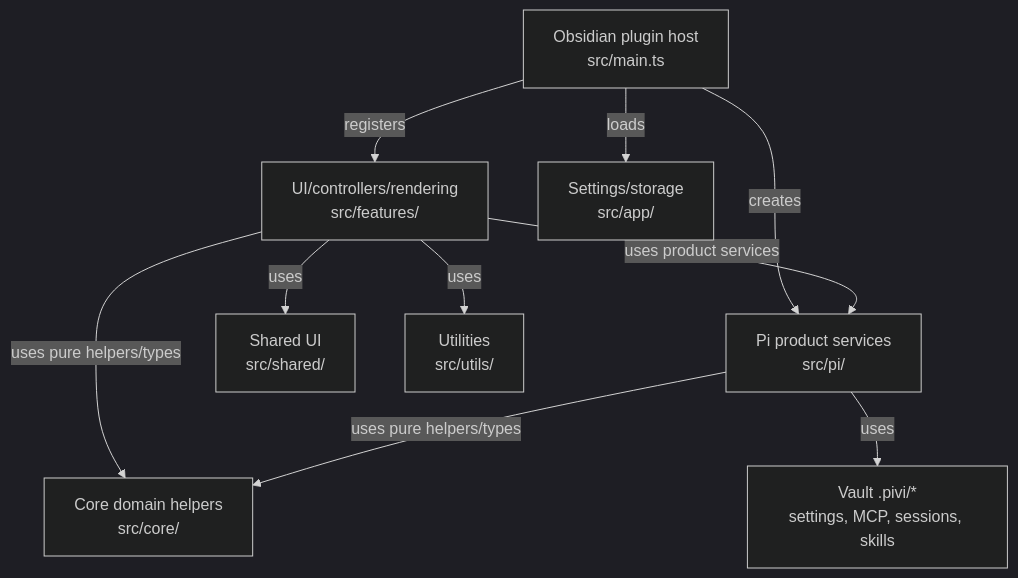
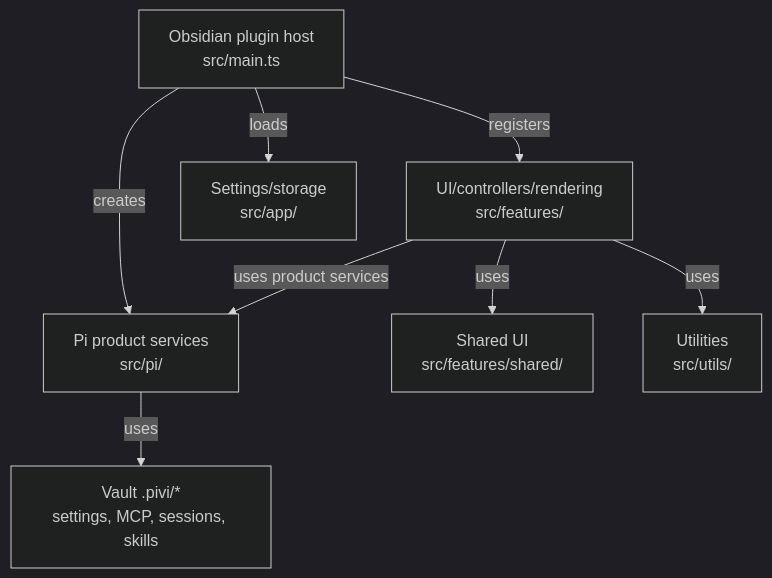
Before and after one commit to shuuul/obsidian-pivi: the diagram in docs/architecture/system-architecture.md, drawn with Mermaid (dark theme). The commit also changed other lines of this file and 10 other files, not shown here.

First line of the commit message:
docs(arch): update stale references after core/ elimination and shared/ relocation

````diff
--- a/docs/architecture/system-architecture.md
+++ b/docs/architecture/system-architecture.md
@@ -19,12 +19,10 @@
 ```mermaid
 flowchart TD
   Host["Obsidian plugin host<br/>src/main.ts"] -- "registers" --> Features["UI/controllers/rendering<br/>src/features/"]
   Host -- "creates" --> Pi["Pi product services<br/>src/pi/"]
   Host -- "loads" --> App["Settings/storage<br/>src/app/"]
   Features -- "uses product services" --> Pi
-  Features -- "uses pure helpers/types" --> Core["Core domain helpers<br/>src/core/"]
-  Pi -- "uses pure helpers/types" --> Core
   Pi -- "uses" --> Vault["Vault .pivi/*<br/>settings, MCP, sessions, skills"]
-  Features -- "uses" --> Shared["Shared UI<br/>src/shared/"]
+  Features -- "uses" --> Shared["Shared UI<br/>src/features/shared/"]
   Features -- "uses" --> Utils["Utilities<br/>src/utils/"]
 ```
````
